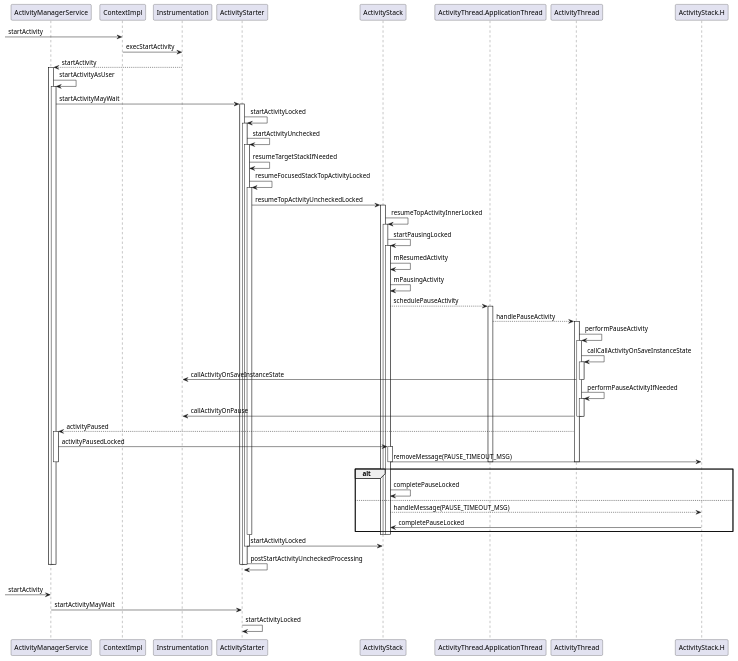
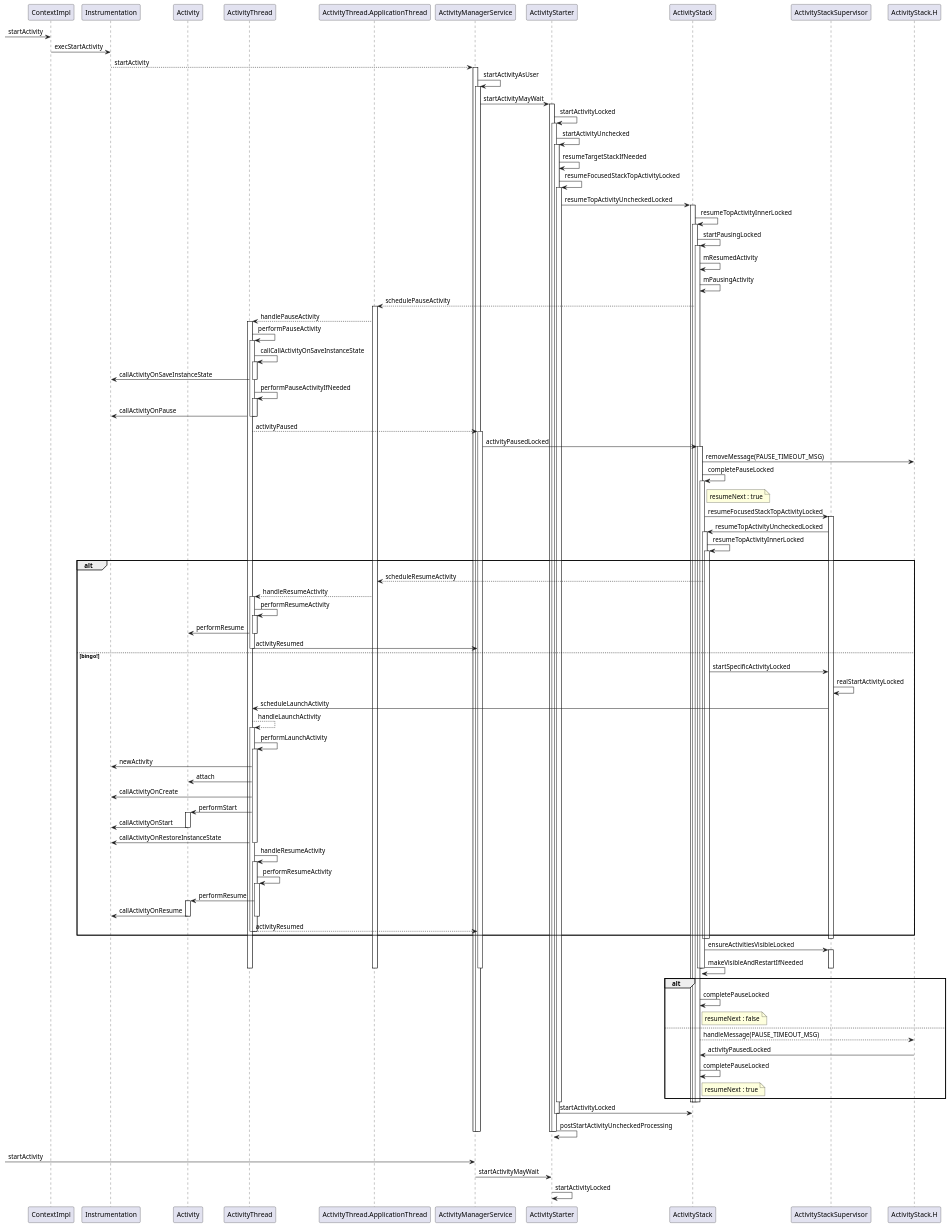
Before and after one commit to peggy109/AndroidSystemServer: the diagram in android_start_activity.puml, drawn with PlantUML.

Commit message:
android_start_activity.puml

```diff
--- a/android_start_activity.puml
+++ b/android_start_activity.puml
@@ -1,74 +1,143 @@
 @startuml
+participant ContextImpl
+participant Instrumentation
+participant Activity
+participant ActivityThread
+participant ActivityThread.ApplicationThread
 participant ActivityManagerService as AMS
+participant ActivityStarter
+participant ActivityStack
+participant ActivityStackSupervisor
+participant ActivityStack.H
+
 [-> ContextImpl : startActivity
 ContextImpl -> Instrumentation : execStartActivity
 Instrumentation ---> AMS : startActivity
 activate AMS
 	AMS -> AMS : startActivityAsUser
 	activate AMS
 		AMS -> ActivityStarter : startActivityMayWait
-		
 		activate ActivityStarter
 			ActivityStarter -> ActivityStarter : startActivityLocked
 			activate ActivityStarter
 				ActivityStarter -> ActivityStarter : startActivityUnchecked
 				activate ActivityStarter
 					ActivityStarter -> ActivityStarter : resumeTargetStackIfNeeded
 					ActivityStarter -> ActivityStarter : resumeFocusedStackTopActivityLocked
 					activate ActivityStarter
 						ActivityStarter -> ActivityStack : resumeTopActivityUncheckedLocked
 						activate ActivityStack
 							ActivityStack -> ActivityStack : resumeTopActivityInnerLocked
 							activate ActivityStack
 								ActivityStack -> ActivityStack : startPausingLocked
 								activate ActivityStack
 									ActivityStack -> ActivityStack : mResumedActivity
 									ActivityStack -> ActivityStack : mPausingActivity
 									ActivityStack --> ActivityThread.ApplicationThread : schedulePauseActivity
 									activate ActivityThread.ApplicationThread
 										ActivityThread.ApplicationThread --> ActivityThread : handlePauseActivity
 										activate ActivityThread
 											ActivityThread -> ActivityThread : performPauseActivity
 											activate ActivityThread
 												ActivityThread -> ActivityThread : callCallActivityOnSaveInstanceState
 												activate ActivityThread
 													ActivityThread -> Instrumentation : callActivityOnSaveInstanceState
 												deactivate ActivityThread
 												ActivityThread -> ActivityThread : performPauseActivityIfNeeded
 												activate ActivityThread
 													ActivityThread -> Instrumentation : callActivityOnPause
 												deactivate ActivityThread
 											deactivate ActivityThread
 											ActivityThread ---> AMS : activityPaused 
 											activate AMS
 												AMS -> ActivityStack : activityPausedLocked
 												activate ActivityStack
 													ActivityStack -> ActivityStack.H : removeMessage(PAUSE_TIMEOUT_MSG)
+													ActivityStack -> ActivityStack : completePauseLocked
+													note right of ActivityStack : resumeNext : true
+													activate ActivityStack
+														ActivityStack -> ActivityStackSupervisor : resumeFocusedStackTopActivityLocked
+														activate ActivityStackSupervisor
+															ActivityStackSupervisor -> ActivityStack : resumeTopActivityUncheckedLocked
+															activate ActivityStack
+																ActivityStack -> ActivityStack : resumeTopActivityInnerLocked
+																activate ActivityStack
+																alt
+																	ActivityStack ---> ActivityThread.ApplicationThread : scheduleResumeActivity
+																	ActivityThread.ApplicationThread ---> ActivityThread :handleResumeActivity
+																	activate ActivityThread
+																		ActivityThread -> ActivityThread : performResumeActivity
+																		activate ActivityThread
+																			ActivityThread -> Activity : performResume
+																		deactivate ActivityThread
+																		ActivityThread -> AMS : activityResumed
+																	deactivate ActivityThread
+																else bingo!
+																	ActivityStack -> ActivityStackSupervisor : startSpecificActivityLocked
+																	ActivityStackSupervisor -> ActivityStackSupervisor : realStartActivityLocked
+																	ActivityStackSupervisor -> ActivityThread : scheduleLaunchActivity
+																	ActivityThread ---> ActivityThread : handleLaunchActivity
+																	activate ActivityThread
+																		ActivityThread -> ActivityThread : performLaunchActivity
+																		activate ActivityThread
+																		    ActivityThread -> Instrumentation : newActivity
+																		    ActivityThread -> Activity : attach
+																		    ActivityThread -> Instrumentation : callActivityOnCreate
+																		    ActivityThread -> Activity : performStart
+																		    activate Activity
+																		        Activity -> Instrumentation : callActivityOnStart
+																		    deactivate Activity
+																		    ActivityThread -> Instrumentation : callActivityOnRestoreInstanceState
+																		deactivate ActivityThread
+																		ActivityThread -> ActivityThread : handleResumeActivity
+																		activate ActivityThread
+																		    ActivityThread -> ActivityThread : performResumeActivity
+																		    activate ActivityThread
+																		        ActivityThread -> Activity : performResume
+																		        activate Activity
+																		            Activity -> Instrumentation : callActivityOnResume
+																		        deactivate Activity
+																		    deactivate ActivityThread
+                                                                            ActivityThread ---> AMS : activityResumed
+																		deactivate ActivityThread
+																	deactivate ActivityThread
+																end
+																deactivate ActivityStack
+															deactivate ActivityStack
+														deactivate ActivityStackSupervisor
+														ActivityStack -> ActivityStackSupervisor : ensureActivitiesVisibleLocked
+														activate ActivityStackSupervisor
+														ActivityStack -> ActivityStack : makeVisibleAndRestartIfNeeded
+														deactivate ActivityStackSupervisor
+													deactivate ActivityStack
 												deactivate ActivityStack
 											deactivate AMS
 										deactivate ActivityThread
 									deactivate ActivityThread.ApplicationThread
 									alt
 										ActivityStack -> ActivityStack : completePauseLocked
+										note right of ActivityStack : resumeNext : false
 									else
 										ActivityStack ---> ActivityStack.H : handleMessage(PAUSE_TIMEOUT_MSG)
-										ActivityStack.H -> ActivityStack : completePauseLocked
+										ActivityStack.H -> ActivityStack : activityPausedLocked
+										ActivityStack -> ActivityStack : completePauseLocked
+										note right of ActivityStack : resumeNext : true
 									end
 								deactivate ActivityStack
 							deactivate ActivityStack
 						deactivate ActivityStack
 					deactivate ActivityStarter
 					ActivityStarter -> ActivityStack : startActivityLocked
 				deactivate ActivityStarter
 				ActivityStarter -> ActivityStarter : postStartActivityUncheckedProcessing
 			deactivate ActivityStarter
 		deactivate ActivityStarter
 
 	deactivate AMS
 deactivate AMS
 |||
 [-> AMS : startActivity
 AMS -> ActivityStarter : startActivityMayWait
 ActivityStarter -> ActivityStarter : startActivityLocked
 
 @enduml
```
